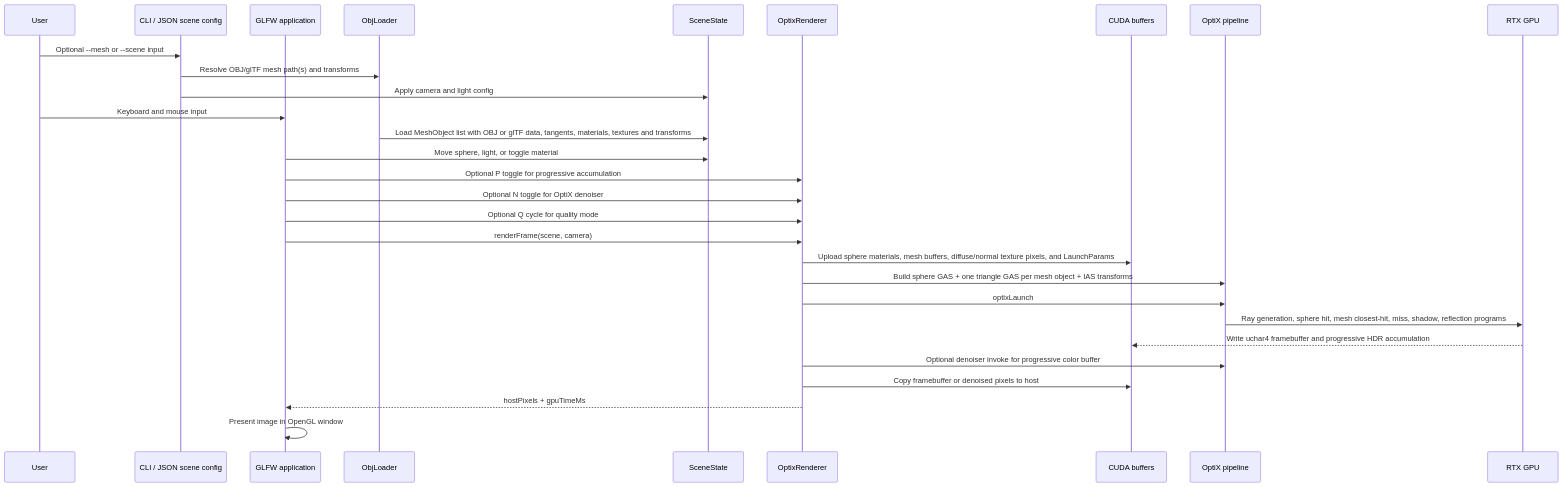
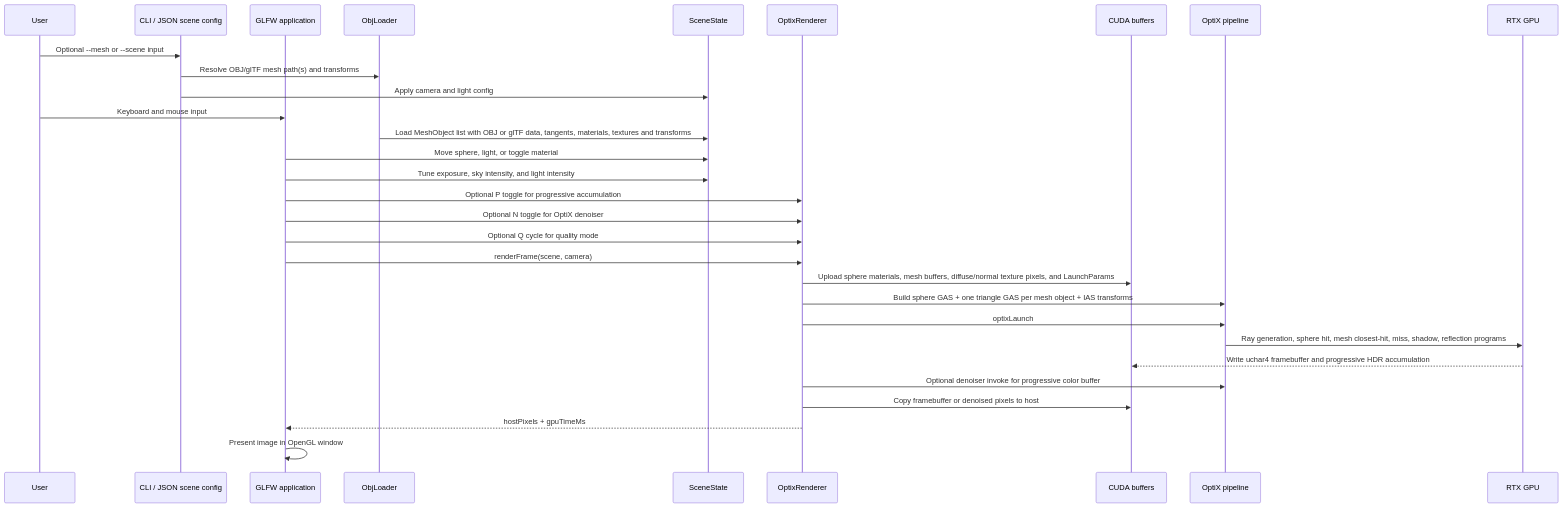
The second of 4 diagrams in RayTracerRTX/docs/architecture.md (Tundraws/RayTracer), drawn with Mermaid before and after one commit. The commit also changed 8 other files, not shown here.

````diff
--- a/RayTracerRTX/docs/architecture.md
+++ b/RayTracerRTX/docs/architecture.md
@@ -49,32 +49,33 @@
 ```mermaid
 sequenceDiagram
     participant User
     participant Args as CLI / JSON scene config
     participant App as GLFW application
     participant ObjLoader as ObjLoader
     participant Scene as SceneState
     participant Renderer as OptixRenderer
     participant CUDA as CUDA buffers
     participant OptiX as OptiX pipeline
     participant GPU as RTX GPU
 
     User->>Args: Optional --mesh or --scene input
     Args->>ObjLoader: Resolve OBJ/glTF mesh path(s) and transforms
     Args->>Scene: Apply camera and light config
     User->>App: Keyboard and mouse input
     ObjLoader->>Scene: Load MeshObject list with OBJ or glTF data, tangents, materials, textures and transforms
     App->>Scene: Move sphere, light, or toggle material
+    App->>Scene: Tune exposure, sky intensity, and light intensity
     App->>Renderer: Optional P toggle for progressive accumulation
     App->>Renderer: Optional N toggle for OptiX denoiser
     App->>Renderer: Optional Q cycle for quality mode
     App->>Renderer: renderFrame(scene, camera)
     Renderer->>CUDA: Upload sphere materials, mesh buffers, diffuse/normal texture pixels, and LaunchParams
     Renderer->>OptiX: Build sphere GAS + one triangle GAS per mesh object + IAS transforms
     Renderer->>OptiX: optixLaunch
     OptiX->>GPU: Ray generation, sphere hit, mesh closest-hit, miss, shadow, reflection programs
     GPU-->>CUDA: Write uchar4 framebuffer and progressive HDR accumulation
     Renderer->>OptiX: Optional denoiser invoke for progressive color buffer
     Renderer->>CUDA: Copy framebuffer or denoised pixels to host
     Renderer-->>App: hostPixels + gpuTimeMs
     App->>App: Present image in OpenGL window
 ```
````
